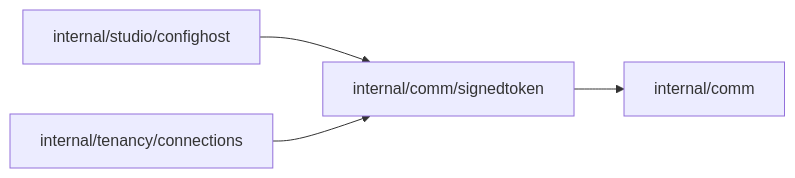
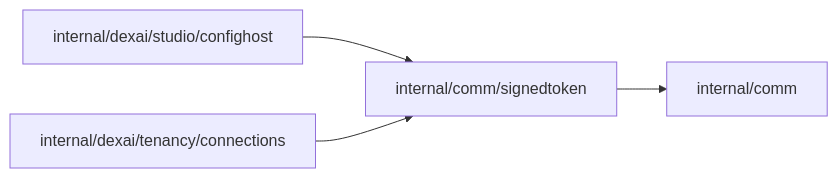
The diagram in internal/comm/signedtoken/README.md (superdurable/superverse), drawn with Mermaid before and after one commit. The commit also changed other lines of this file and 1620 other files, not shown here.

First line of the commit message:
INTERNALTREE: move product code into internal/dexai and shared code into internal/comm

````diff
--- a/internal/comm/signedtoken/README.md
+++ b/internal/comm/signedtoken/README.md
@@ -10,7 +10,7 @@
 ```mermaid
 flowchart LR
   self["internal/comm/signedtoken"]
-  c0["internal/studio/confighost"] --> self
-  c1["internal/tenancy/connections"] --> self
+  c0["internal/dexai/studio/confighost"] --> self
+  c1["internal/dexai/tenancy/connections"] --> self
   self --> d0["internal/comm"]
 ```
````
